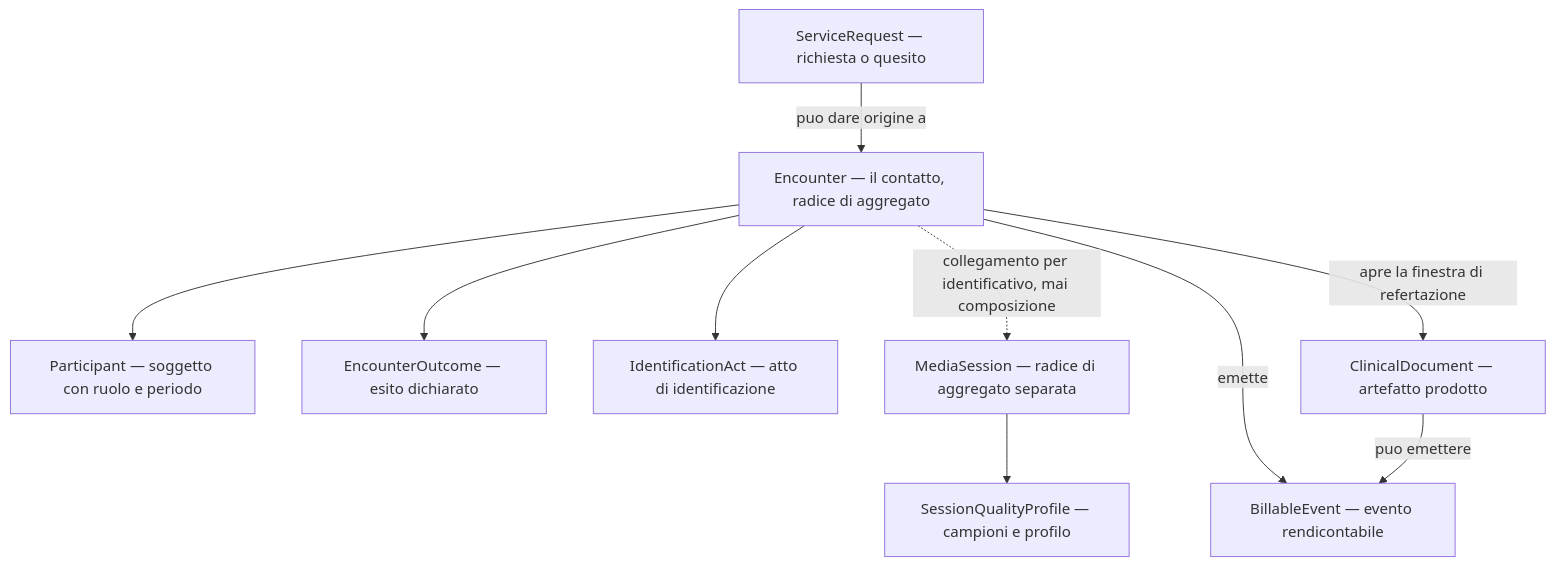
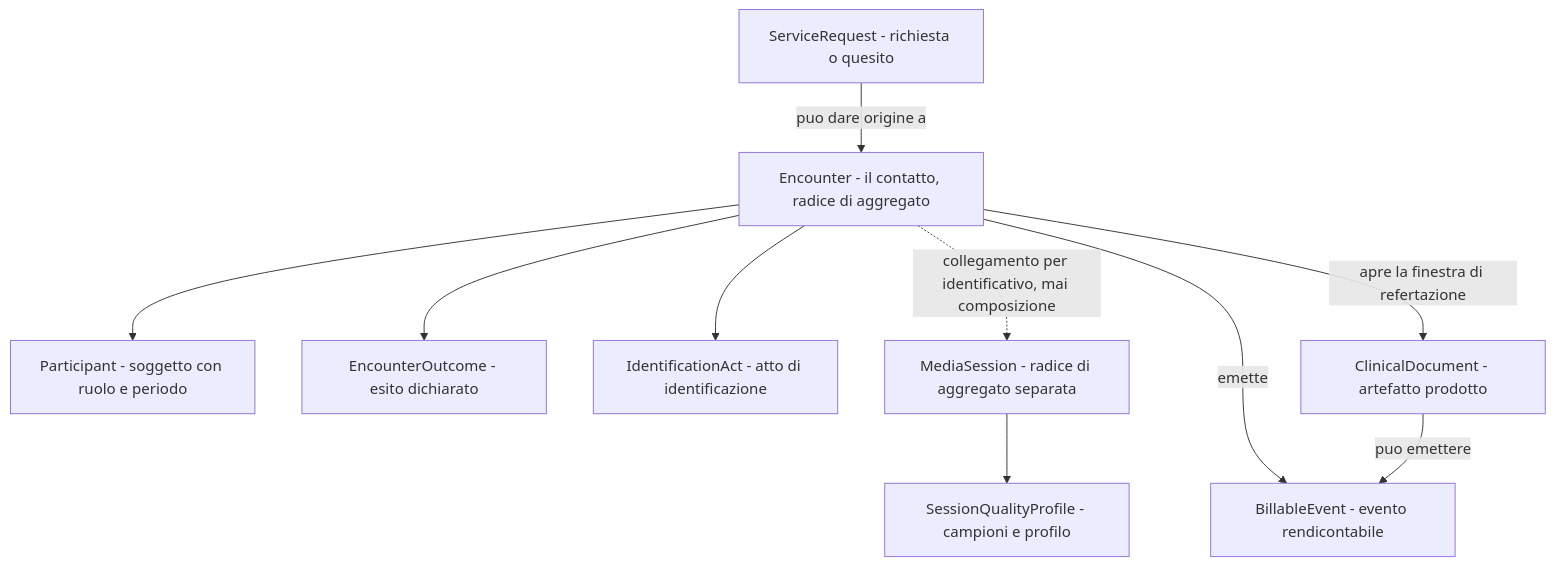
Before and after one commit to fedcal/Telemedic: the first of 8 diagrams in docs/05_domain/02-le-prestazioni-modellate.md, drawn with Mermaid. The commit also changed other lines of this file and 301 other files, not shown here.

````diff
--- a/docs/05_domain/02-le-prestazioni-modellate.md
+++ b/docs/05_domain/02-le-prestazioni-modellate.md
@@ -42,22 +42,22 @@
 ```mermaid
 flowchart TB
-    SR["ServiceRequest — richiesta o quesito"]
-    ENC["Encounter — il contatto, radice di aggregato"]
-    PART["Participant — soggetto con ruolo e periodo"]
-    OUT["EncounterOutcome — esito dichiarato"]
-    IDA["IdentificationAct — atto di identificazione"]
-    MS["MediaSession — radice di aggregato separata"]
-    QP["SessionQualityProfile — campioni e profilo"]
-    DOC["ClinicalDocument — artefatto prodotto"]
-    BE["BillableEvent — evento rendicontabile"]
+    SR["ServiceRequest - richiesta o quesito"]
+    ENC["Encounter - il contatto, radice di aggregato"]
+    PART["Participant - soggetto con ruolo e periodo"]
+    OUT["EncounterOutcome - esito dichiarato"]
+    IDA["IdentificationAct - atto di identificazione"]
+    MS["MediaSession - radice di aggregato separata"]
+    QP["SessionQualityProfile - campioni e profilo"]
+    DOC["ClinicalDocument - artefatto prodotto"]
+    BE["BillableEvent - evento rendicontabile"]
 
     SR -->|"puo dare origine a"| ENC
     ENC --> PART
     ENC --> OUT
     ENC --> IDA
     ENC -.->|"collegamento per identificativo, mai composizione"| MS
     MS --> QP
     ENC -->|"apre la finestra di refertazione"| DOC
     ENC -->|"emette"| BE
     DOC -->|"puo emettere"| BE
 ```
````
